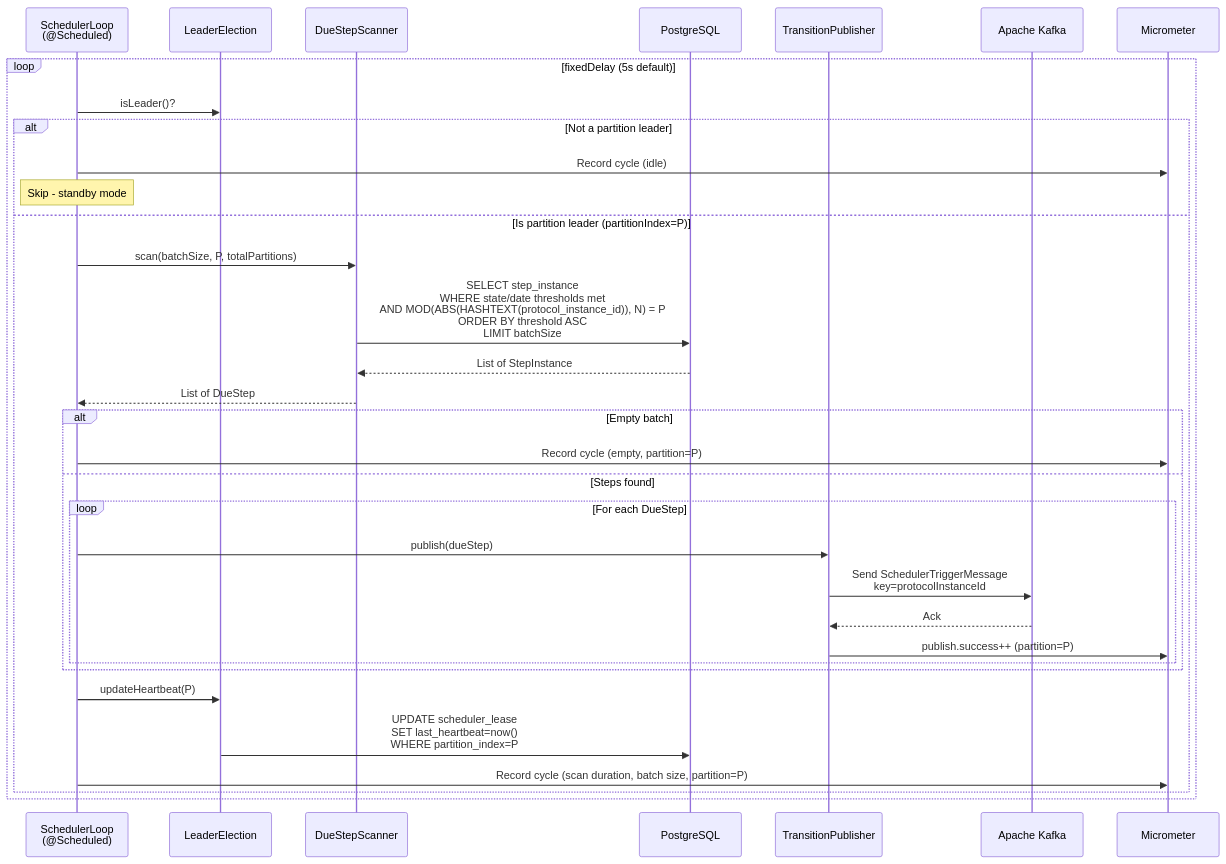
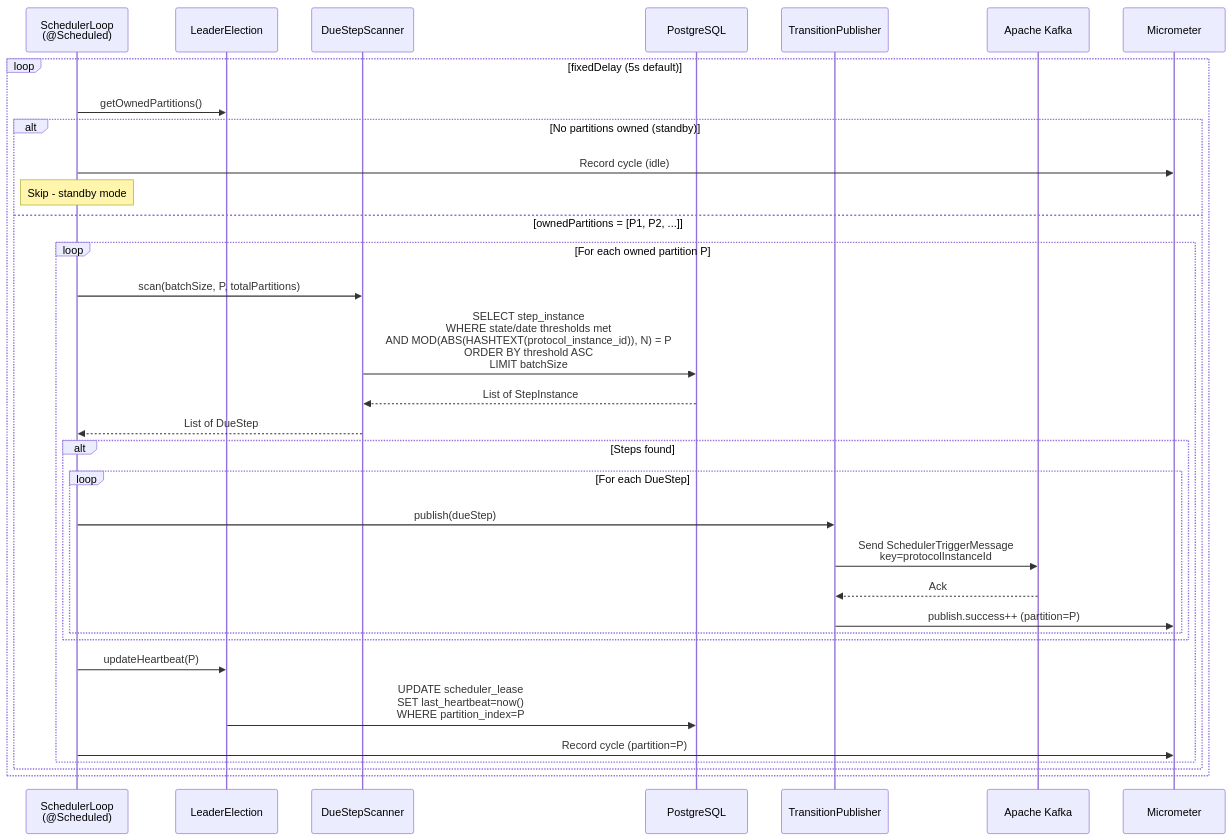
Before and after one commit to Jayaprakash8887/cce-scheduler-service: the first of 5 diagrams in docs/flow-diagrams.md, drawn with Mermaid. The commit also changed other lines of this file and 3 other files, not shown here.

````diff
--- a/docs/flow-diagrams.md
+++ b/docs/flow-diagrams.md
@@ -11,38 +11,38 @@
 ```mermaid
 sequenceDiagram
     participant SL as SchedulerLoop<br/>(@Scheduled)
     participant Leader as LeaderElection
     participant Scanner as DueStepScanner
     participant DB as PostgreSQL
     participant Publisher as TransitionPublisher
     participant Kafka as Apache Kafka
     participant Metrics as Micrometer
 
     loop fixedDelay (5s default)
-        SL->>Leader: isLeader()?
-        alt Not a partition leader
+        SL->>Leader: getOwnedPartitions()
+        alt No partitions owned (standby)
             SL->>Metrics: Record cycle (idle)
             Note over SL: Skip - standby mode
-        else Is partition leader (partitionIndex=P)
-            SL->>Scanner: scan(batchSize, P, totalPartitions)
-            Scanner->>DB: SELECT step_instance<br/>WHERE state/date thresholds met<br/>AND MOD(ABS(HASHTEXT(protocol_instance_id)), N) = P<br/>ORDER BY threshold ASC<br/>LIMIT batchSize
-            DB-->>Scanner: List of StepInstance
-            Scanner-->>SL: List of DueStep
+        else ownedPartitions = [P1, P2, ...]
+            loop For each owned partition P
+                SL->>Scanner: scan(batchSize, P, totalPartitions)
+                Scanner->>DB: SELECT step_instance<br/>WHERE state/date thresholds met<br/>AND MOD(ABS(HASHTEXT(protocol_instance_id)), N) = P<br/>ORDER BY threshold ASC<br/>LIMIT batchSize
+                DB-->>Scanner: List of StepInstance
+                Scanner-->>SL: List of DueStep
 
-            alt Empty batch
-                SL->>Metrics: Record cycle (empty, partition=P)
-            else Steps found
-                loop For each DueStep
-                    SL->>Publisher: publish(dueStep)
-                    Publisher->>Kafka: Send SchedulerTriggerMessage<br/>key=protocolInstanceId
-                    Kafka-->>Publisher: Ack
-                    Publisher->>Metrics: publish.success++ (partition=P)
+                alt Steps found
+                    loop For each DueStep
+                        SL->>Publisher: publish(dueStep)
+                        Publisher->>Kafka: Send SchedulerTriggerMessage<br/>key=protocolInstanceId
+                        Kafka-->>Publisher: Ack
+                        Publisher->>Metrics: publish.success++ (partition=P)
+                    end
                 end
+
+                SL->>Leader: updateHeartbeat(P)
+                Leader->>DB: UPDATE scheduler_lease<br/>SET last_heartbeat=now()<br/>WHERE partition_index=P
+                SL->>Metrics: Record cycle (partition=P)
             end
-
-            SL->>Leader: updateHeartbeat(P)
-            Leader->>DB: UPDATE scheduler_lease<br/>SET last_heartbeat=now()<br/>WHERE partition_index=P
-            SL->>Metrics: Record cycle (scan duration, batch size, partition=P)
         end
     end
 ```
````
